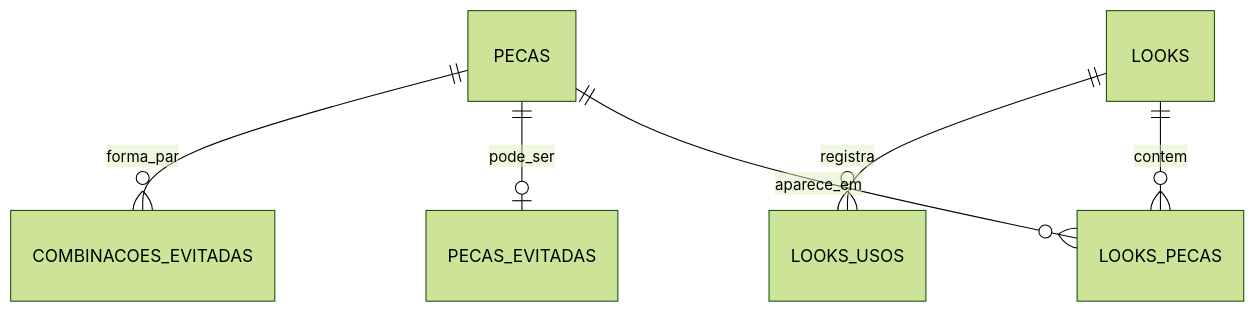
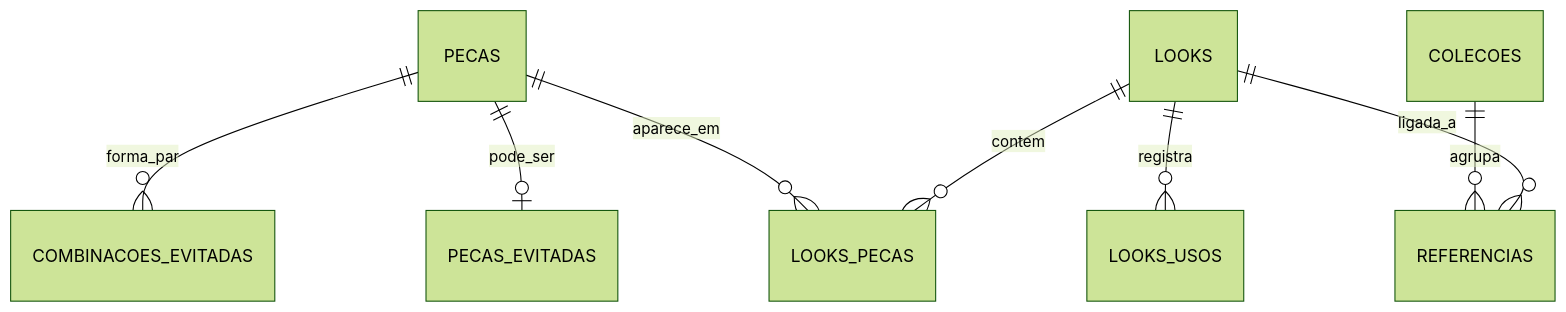
The second of 5 diagrams in docs/TCC-V2.md (Hannyazs/digital-wardrobe), drawn with Mermaid (forest theme) before and after one commit. The commit also changed other lines of this file and 222 other files, not shown here.

````diff
--- a/docs/TCC-V2.md
+++ b/docs/TCC-V2.md
@@ -352,8 +420,10 @@
 ```mermaid
 erDiagram
     PECAS ||--o{ LOOKS_PECAS : aparece_em
     LOOKS ||--o{ LOOKS_PECAS : contem
     LOOKS ||--o{ LOOKS_USOS : registra
     PECAS ||--o| PECAS_EVITADAS : pode_ser
     PECAS ||--o{ COMBINACOES_EVITADAS : forma_par
+    COLECOES ||--o{ REFERENCIAS : agrupa
+    LOOKS ||--o{ REFERENCIAS : ligada_a
 ```
````
